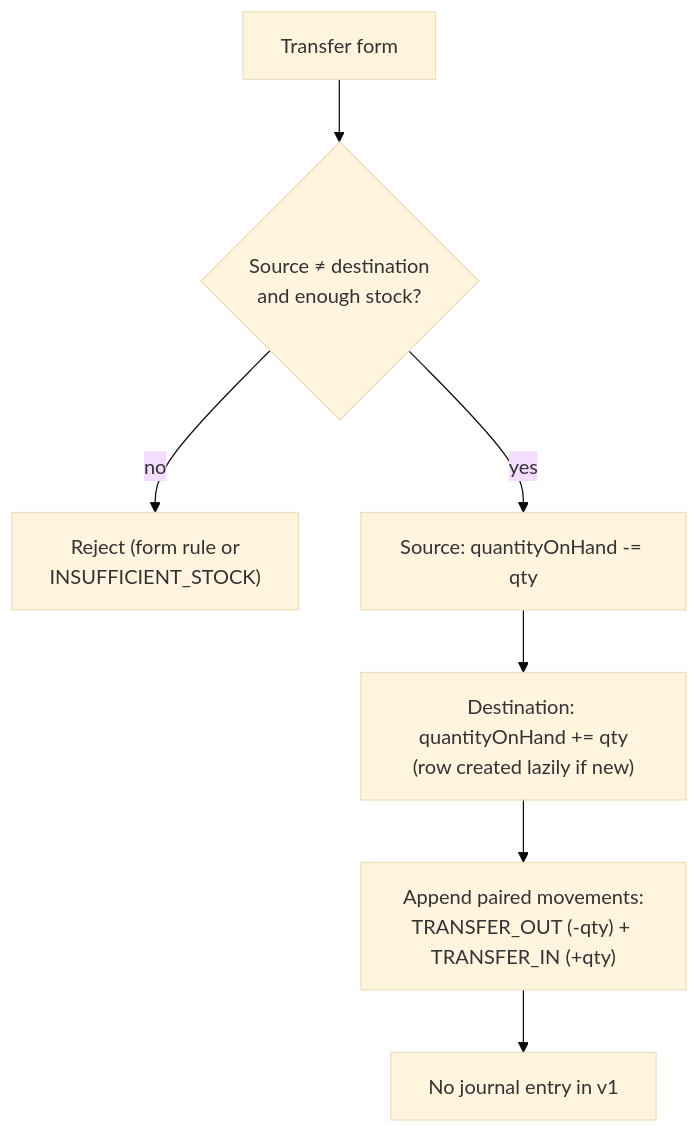
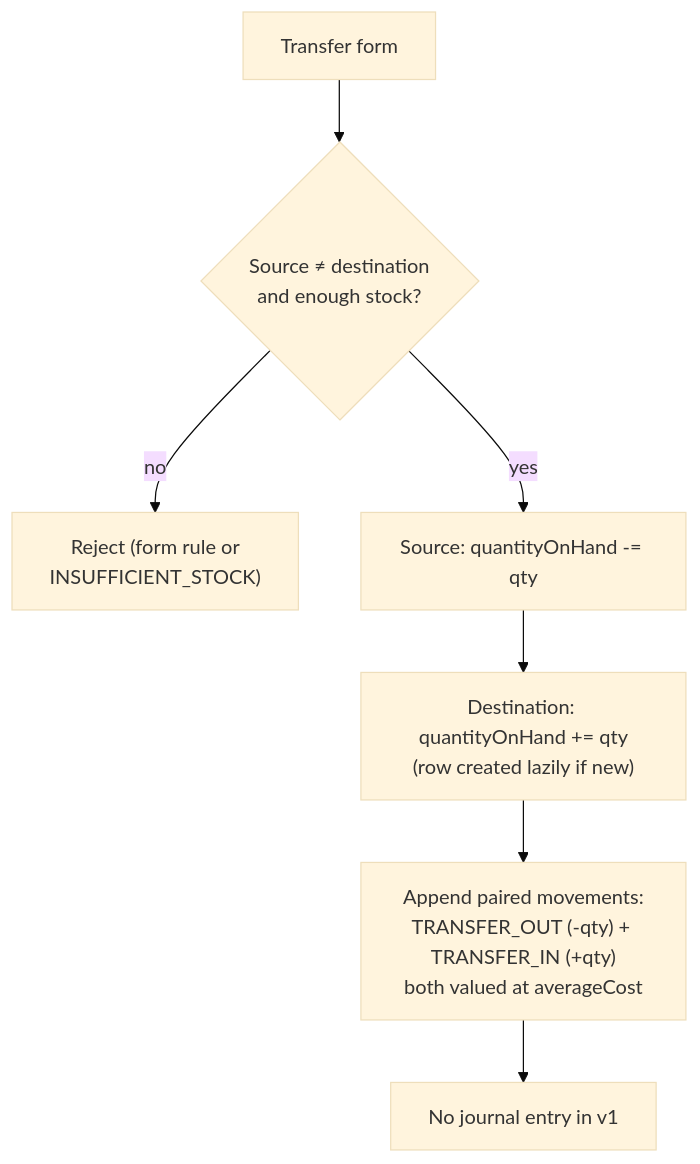
Before and after one commit to ahmed-226/ERP-Suite: the ninth of 11 diagrams in docs/WORKFLOWS.md, drawn with Mermaid (base theme). The commit also changed other lines of this file and 23 other files, not shown here.

Commit message:
feat(inventory): value stock at weighted average and cost issues server-side

````diff
--- a/docs/WORKFLOWS.md
+++ b/docs/WORKFLOWS.md
@@ -146,9 +149,9 @@
 ```mermaid
 flowchart TD
     A["Transfer form"] --> B{"Source ≠ destination<br/>and enough stock?"}
     B -- "no" --> C["Reject (form rule or<br/>INSUFFICIENT_STOCK)"]
     B -- "yes" --> D["Source: quantityOnHand -= qty"]
     D --> E["Destination: quantityOnHand += qty<br/>(row created lazily if new)"]
-    E --> F["Append paired movements:<br/>TRANSFER_OUT (-qty) + TRANSFER_IN (+qty)"]
+    E --> F["Append paired movements:<br/>TRANSFER_OUT (-qty) + TRANSFER_IN (+qty)<br/>both valued at averageCost"]
     F --> G["No journal entry in v1"]
 ```
````
